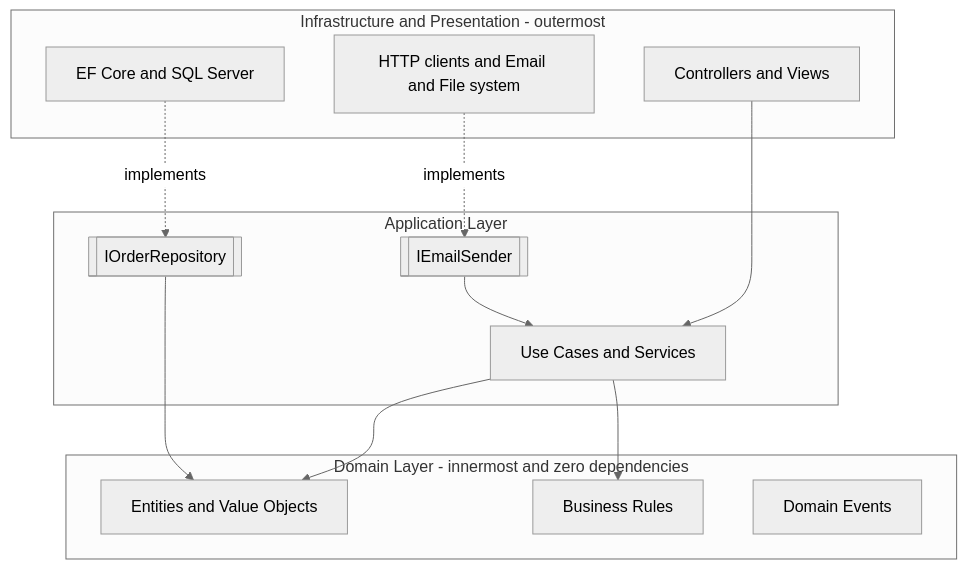
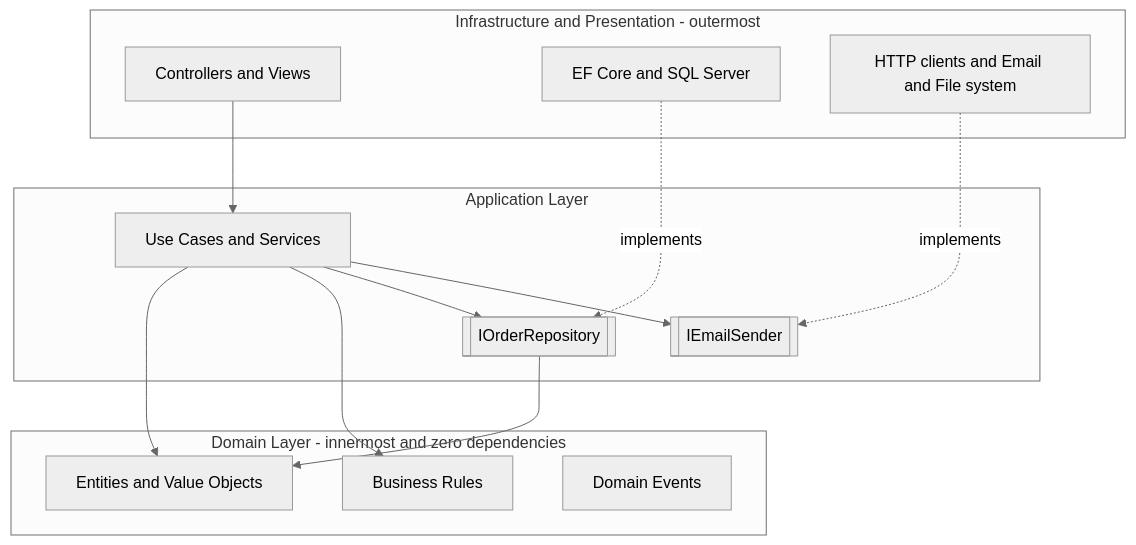
The first of 2 diagrams in Vault/Home/Software Architecture/Application Architecture/Layered Architecture.md (grafanaKibana/devbook.zip), drawn with Mermaid (neutral theme) before and after one commit. The commit also changed other lines of this file and 81 other files, not shown here.

Commit message:
notes: Polished Software Architecture

````diff
--- a/Vault/Home/Software Architecture/Application Architecture/Layered Architecture.md
+++ b/Vault/Home/Software Architecture/Application Architecture/Layered Architecture.md
@@ -31,29 +31,30 @@
 ```mermaid
 graph TD
     subgraph OUTER[Infrastructure and Presentation - outermost]
         UI[Controllers and Views]
         DB[EF Core and SQL Server]
         EXT[HTTP clients and Email and File system]
     end
 
     subgraph MIDDLE[Application Layer]
         UC[Use Cases and Services]
         IPORT[[IOrderRepository]]
         OPORT[[IEmailSender]]
     end
 
     subgraph CORE[Domain Layer - innermost and zero dependencies]
         ENT[Entities and Value Objects]
         RULES[Business Rules]
         DEVT[Domain Events]
     end
 
     UI --> UC
     UC --> ENT
     UC --> RULES
 
     DB -.->|implements| IPORT
     EXT -.->|implements| OPORT
     IPORT --> ENT
-    OPORT --> UC
+    UC --> IPORT
+    UC --> OPORT
 ```
````
